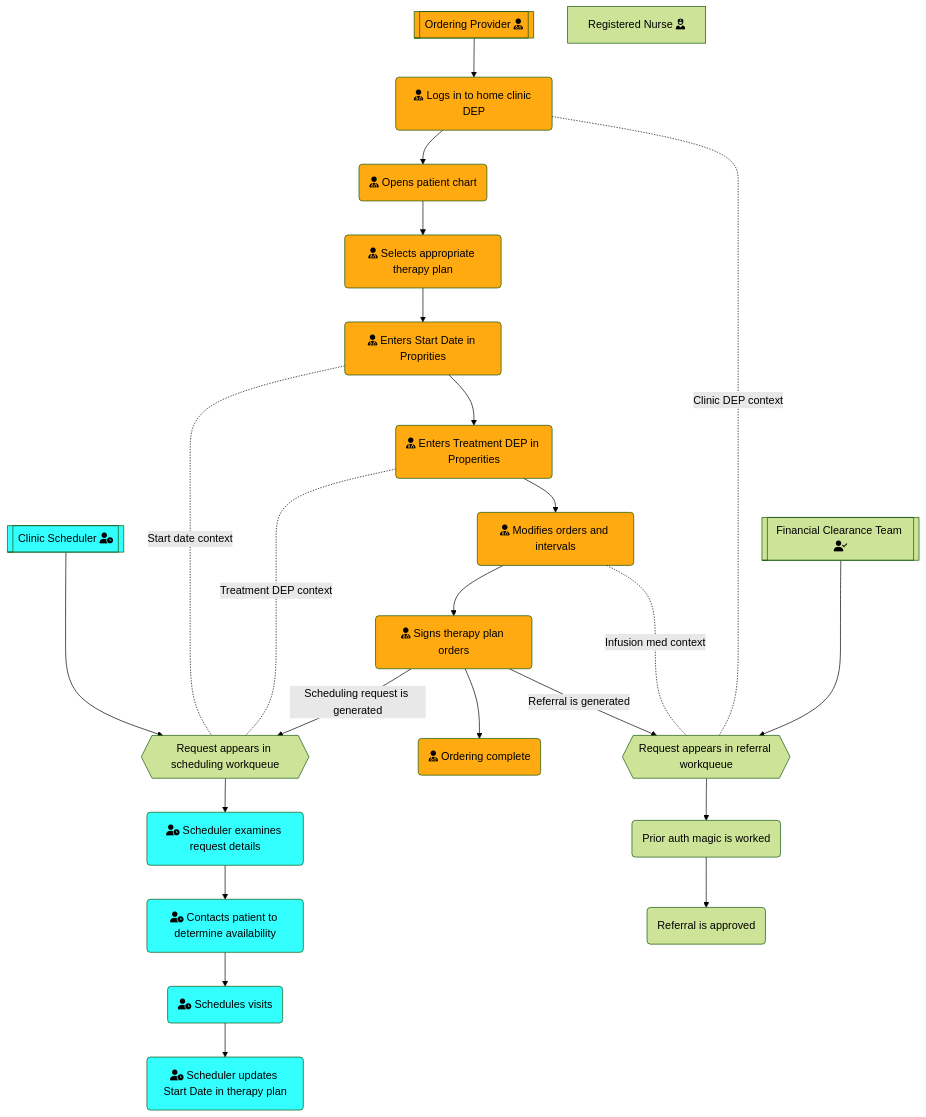
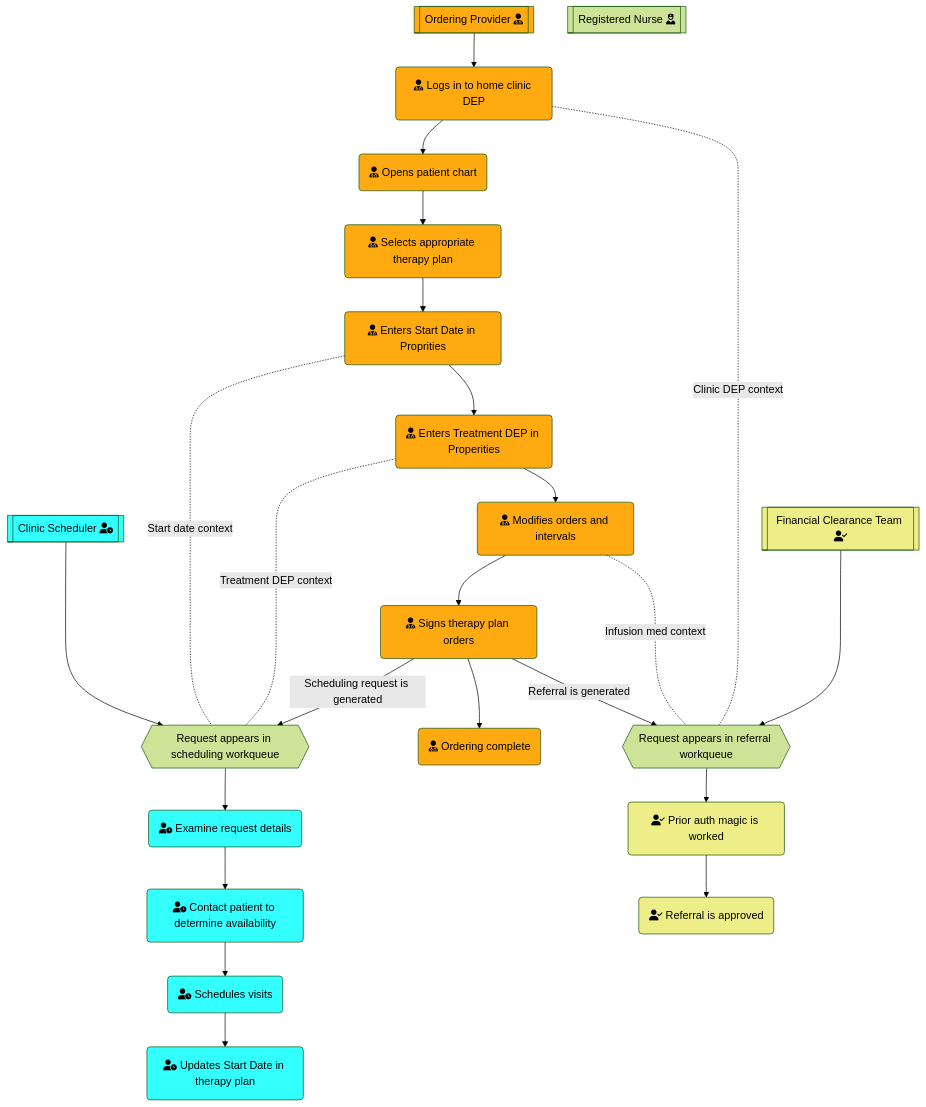
Before and after one commit to miketarrant/markdown: the diagram in therapy-plan-workflow.mmd, drawn with Mermaid (forest theme).

Commit message:
Updates to test diagram

```diff
--- a/therapy-plan-workflow.mmd
+++ b/therapy-plan-workflow.mmd
@@ -1,36 +1,41 @@
-graph
+graph TD
 classDef mdclass fill:#fA1;
-classDef cadeclass fill:#3ff; 
+classDef cadeclass fill:#3ff;
+classDef factclass fill:#EE8; 
 
 Provider[[Ordering Provider fa:fa-user-md]]
 Provider:::mdclass --> A(fa:fa-user-md Logs in to home clinic DEP)
 A:::mdclass --> B(fa:fa-user-md Opens patient chart)
 B:::mdclass --> C(fa:fa-user-md Selects appropriate therapy plan)
 C:::mdclass --> D(fa:fa-user-md Enters Start Date in Proprities)
 D:::mdclass --> E(fa:fa-user-md Enters Treatment DEP in Properities)
 E:::mdclass --> F(fa:fa-user-md Modifies orders and intervals)
 F:::mdclass --> G(fa:fa-user-md Signs therapy plan orders)
 G:::mdclass --> End(fa:fa-user-md Ordering complete)
 End:::mdclass
 
 Cadence[[Clinic Scheduler fa:fa-user-clock]]
 G --> |Scheduling request is generated|1
 E -.- |Treatment DEP context|1
 D -.- |Start date context|1
-1 --> 2(fa:fa-user-clock Scheduler examines request details)
-2:::cadeclass --> 3(fa:fa-user-clock Contacts patient to determine availability)
+1 --> 2(fa:fa-user-clock Examine request details)
+2:::cadeclass --> 3(fa:fa-user-clock Contact patient to determine availability)
 3:::cadeclass --> 4(fa:fa-user-clock Schedules visits)
-4:::cadeclass --> 5(fa:fa-user-clock Scheduler updates Start Date in therapy plan)
+4:::cadeclass --> 5(fa:fa-user-clock Updates Start Date in therapy plan)
 5:::cadeclass
 Cadence:::cadeclass ---> 1{{Request appears in scheduling workqueue}}
 
 
 FACT[[Financial Clearance Team fa:fa-user-check]]
-FACT ---> H{{Request appears in referral workqueue}}
-A -.- |Clinic DEP context|H
-F -.- |Infusion med context|H
-G --> |Referral is generated|H
-H --> I(Prior auth magic is worked)
-I --> J(Referral is approved)
+FACT:::factclass ---> fact.1{{Request appears in referral workqueue}}
+A -.- |Clinic DEP context|fact.1
+F -.- |Infusion med context|fact.1
+G --> |Referral is generated|fact.1
+fact.1 --> fact.2(fa:fa-user-check Prior auth magic is worked)
+fact.2:::factclass --> fact.3(fa:fa-user-check Referral is approved)
+fact.3:::factclass
 
-Nurse[Registered Nurse fa:fa-user-nurse]
+
+
+
+Nurse[[Registered Nurse fa:fa-user-nurse]]
```
